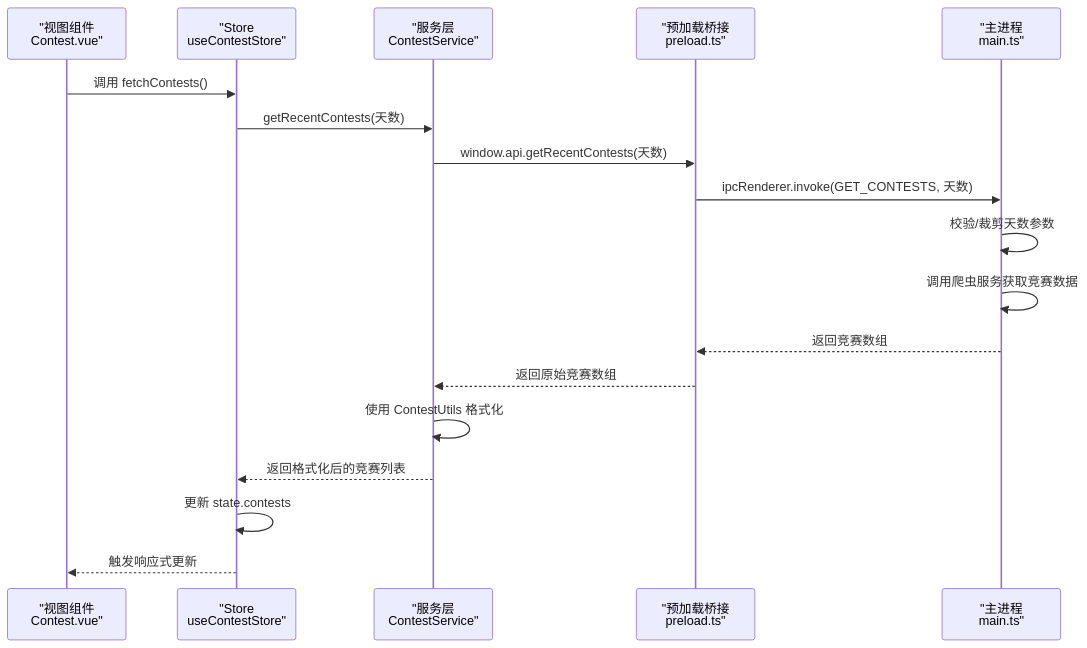
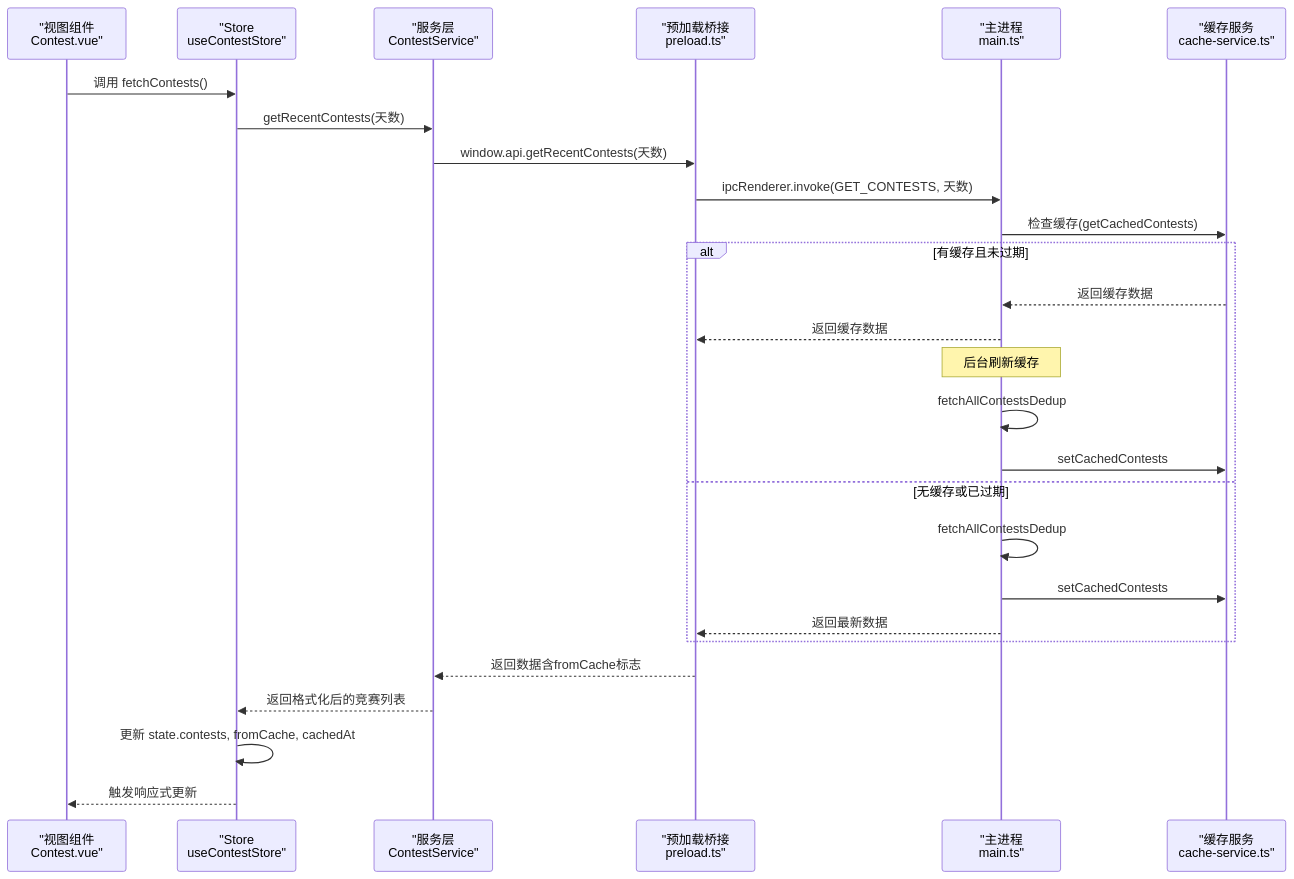
The second of 10 diagrams in .qoder/repowiki/zh/content/架构设计/数据流架构.md (Siborne/OJFlow), drawn with Mermaid before and after one commit. The commit also changed other lines of this file and 23 other files, not shown here.

````diff
--- a/.qoder/repowiki/zh/content/架构设计/数据流架构.md
+++ b/.qoder/repowiki/zh/content/架构设计/数据流架构.md
@@ -107,20 +134,29 @@
 ```mermaid
 sequenceDiagram
 participant V as "视图组件<br/>Contest.vue"
 participant S as "Store<br/>useContestStore"
 participant SVC as "服务层<br/>ContestService"
 participant P as "预加载桥接<br/>preload.ts"
 participant M as "主进程<br/>main.ts"
+participant C as "缓存服务<br/>cache-service.ts"
 V->>S : 调用 fetchContests()
 S->>SVC : getRecentContests(天数)
 SVC->>P : window.api.getRecentContests(天数)
 P->>M : ipcRenderer.invoke(GET_CONTESTS, 天数)
-M->>M : 校验/裁剪天数参数
-M->>M : 调用爬虫服务获取竞赛数据
-M-->>P : 返回竞赛数组
-P-->>SVC : 返回原始竞赛数组
-SVC->>SVC : 使用 ContestUtils 格式化
+M->>C : 检查缓存(getCachedContests)
+alt 有缓存且未过期
+C-->>M : 返回缓存数据
+M-->>P : 返回缓存数据
+Note over M : 后台刷新缓存
+M->>M : fetchAllContestsDedup
+M->>C : setCachedContests
+else 无缓存或已过期
+M->>M : fetchAllContestsDedup
+M->>C : setCachedContests
+M-->>P : 返回最新数据
+end
+P-->>SVC : 返回数据含fromCache标志
 SVC-->>S : 返回格式化后的竞赛列表
-S->>S : 更新 state.contests
+S->>S : 更新 state.contests, fromCache, cachedAt
 S-->>V : 触发响应式更新
 ```
````
